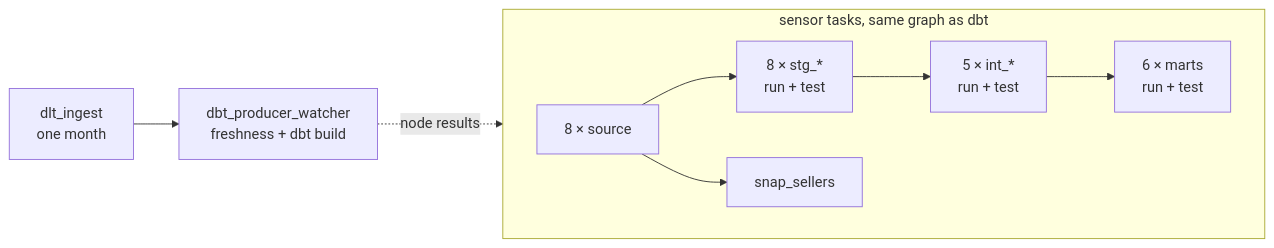
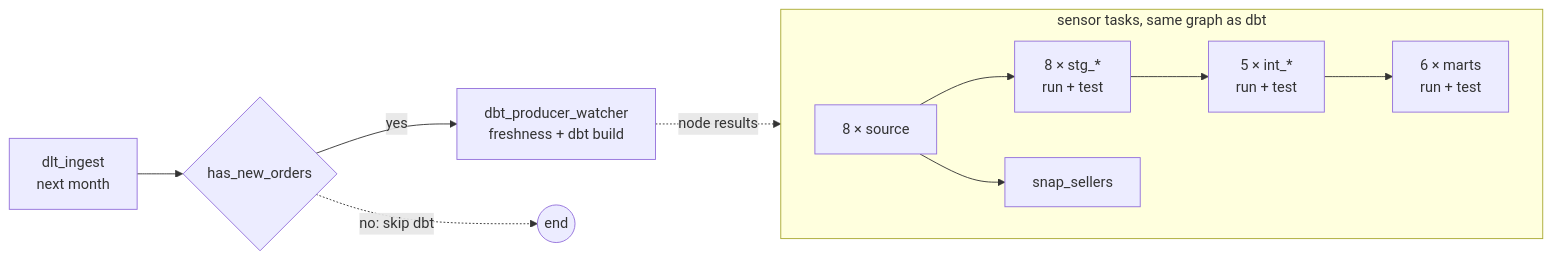
Before and after one commit to ShuCiG/olist-analytics-dbt: the fourth of 4 diagrams in README.md, drawn with Mermaid. The commit also changed other lines of this file and 7 other files, not shown here.

````diff
--- a/README.md
+++ b/README.md
@@ -266,10 +268,12 @@
 ```mermaid
 flowchart LR
-    ingest[dlt_ingest<br/>one month] --> producer[dbt_producer_watcher<br/>freshness + dbt build]
+    ingest[dlt_ingest<br/>next month] --> gate{has_new_orders}
+    gate -- yes --> producer[dbt_producer_watcher<br/>freshness + dbt build]
+    gate -. no: skip dbt .-> done((end))
     producer -. node results .-> sensors
     subgraph sensors[sensor tasks, same graph as dbt]
         direction LR
         src[8 × source] --> stg[8 × stg_*<br/>run + test] --> int[5 × int_*<br/>run + test] --> marts[6 × marts<br/>run + test]
         src --> snap[snap_sellers]
     end
 ```
````
